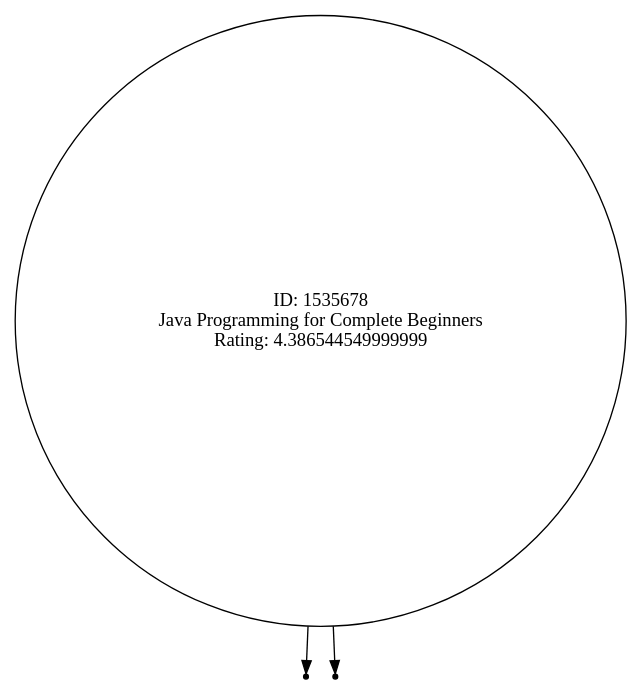
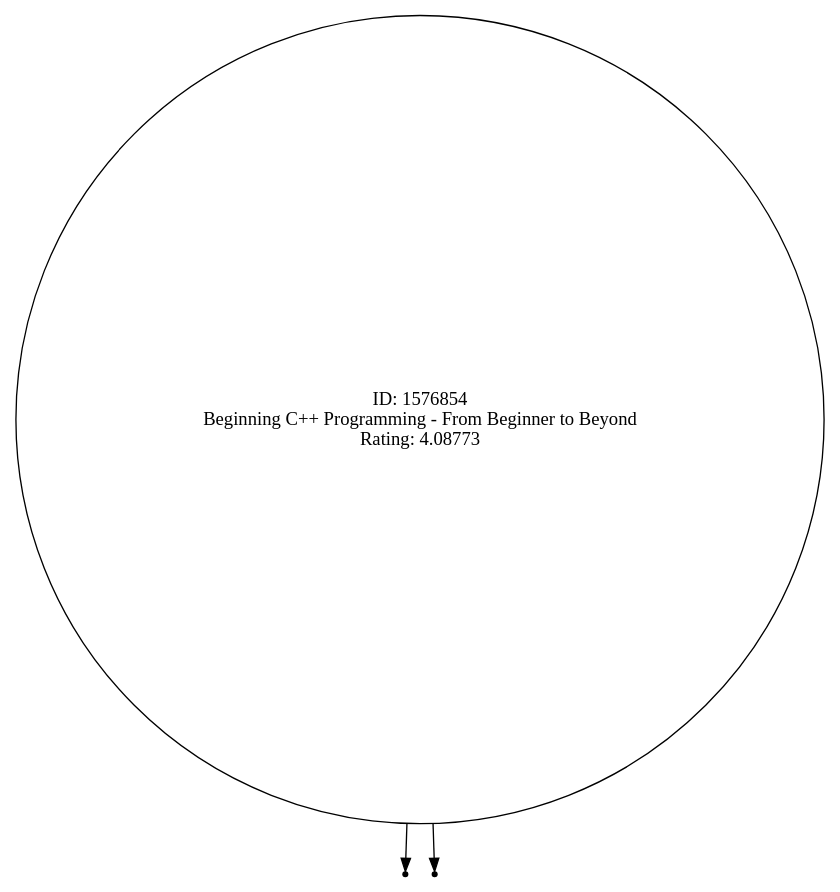
The diagram in arbol.dot (EstebanDeLaHoz0501/Laboratorio1ED2), drawn with Graphviz before and after one commit. The commit also changed 51 other files, not shown here.

```diff
--- a/arbol.dot
+++ b/arbol.dot
@@ -1,9 +1,9 @@
 digraph AVL {
 node [shape=circle];
 rankdir=TB;
-1535678 [label="ID: 1535678\nJava Programming for Complete Beginners\nRating: 4.386544549999999"];
-nullL1535678 [shape=point];
-1535678 -> nullL1535678;
-nullR1535678 [shape=point];
-1535678 -> nullR1535678;
+1576854 [label="ID: 1576854\nBeginning C++ Programming - From Beginner to Beyond\nRating: 4.08773"];
+nullL1576854 [shape=point];
+1576854 -> nullL1576854;
+nullR1576854 [shape=point];
+1576854 -> nullR1576854;
 }
```
